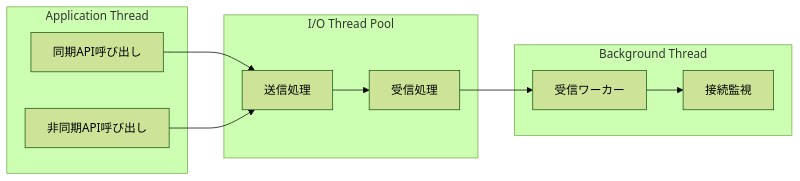
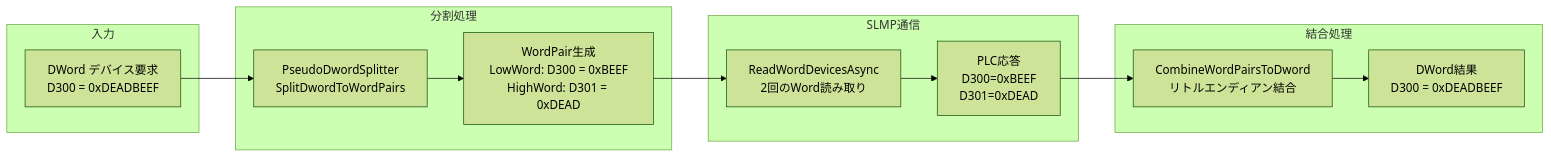
Before and after one commit to kkatappes/PLCDataCollector-C_Sharpver.-: the third of 3 diagrams in documents/design/Architecture_Overview.md, drawn with Mermaid (forest theme). The commit also changed other lines of this file and 800 other files, not shown here.

````diff
--- a/documents/design/Architecture_Overview.md
+++ b/documents/design/Architecture_Overview.md
@@ -199,23 +430,28 @@
 ```mermaid
 graph LR
-    subgraph "Application Thread"
-        SYNC[同期API呼び出し]
-        ASYNC[非同期API呼び出し]
+    subgraph "入力"
+        DWORD[DWord デバイス要求<br/>D300 = 0xDEADBEEF]
     end
-    
-    subgraph "I/O Thread Pool"
-        SEND[送信処理]
-        RECV[受信処理]
+
+    subgraph "分割処理"
+        SPLIT[PseudoDwordSplitter<br/>SplitDwordToWordPairs]
+        PAIR[WordPair生成<br/>LowWord: D300 = 0xBEEF<br/>HighWord: D301 = 0xDEAD]
     end
-    
-    subgraph "Background Thread"
-        WORKER[受信ワーカー]
-        MONITOR[接続監視]
+
+    subgraph "SLMP通信"
+        READ[ReadWordDevicesAsync<br/>2回のWord読み取り]
+        PLC[PLC応答<br/>D300=0xBEEF<br/>D301=0xDEAD]
     end
-    
-    SYNC --> SEND
-    ASYNC --> SEND
-    SEND --> RECV
-    RECV --> WORKER
-    WORKER --> MONITOR
+
+    subgraph "結合処理"
+        COMBINE[CombineWordPairsToDword<br/>リトルエンディアン結合]
+        RESULT[DWord結果<br/>D300 = 0xDEADBEEF]
+    end
+
+    DWORD --> SPLIT
+    SPLIT --> PAIR
+    PAIR --> READ
+    READ --> PLC
+    PLC --> COMBINE
+    COMBINE --> RESULT
 ```
````
